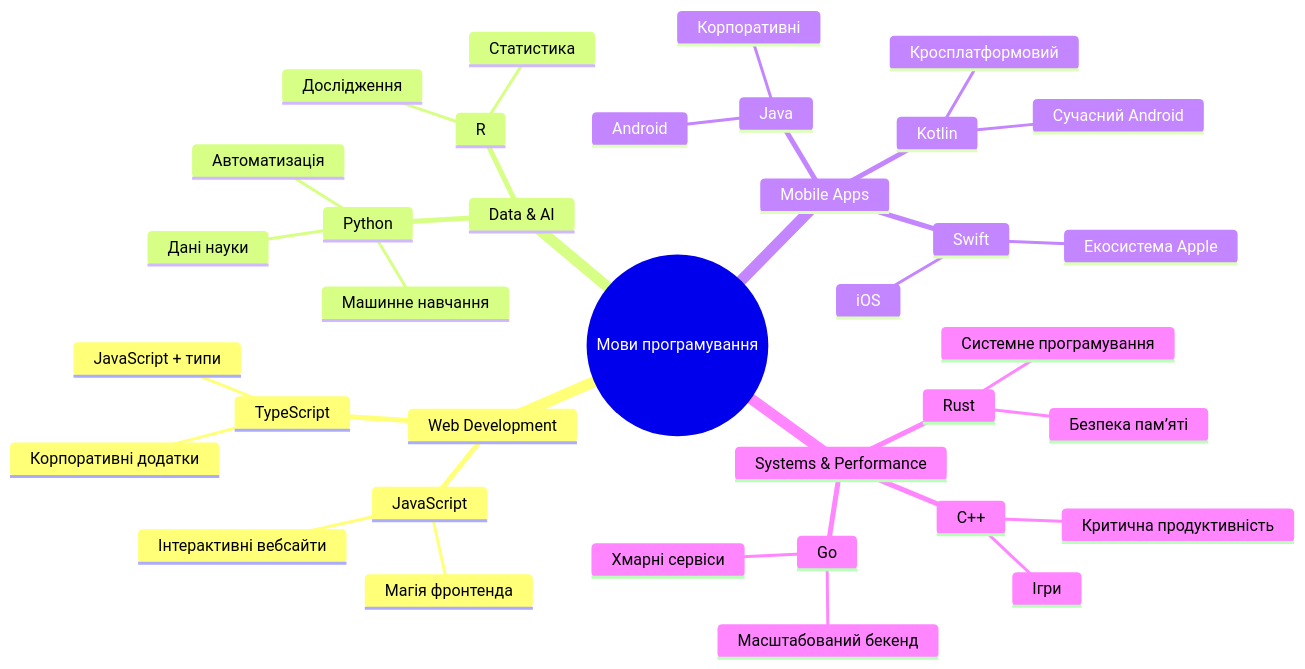
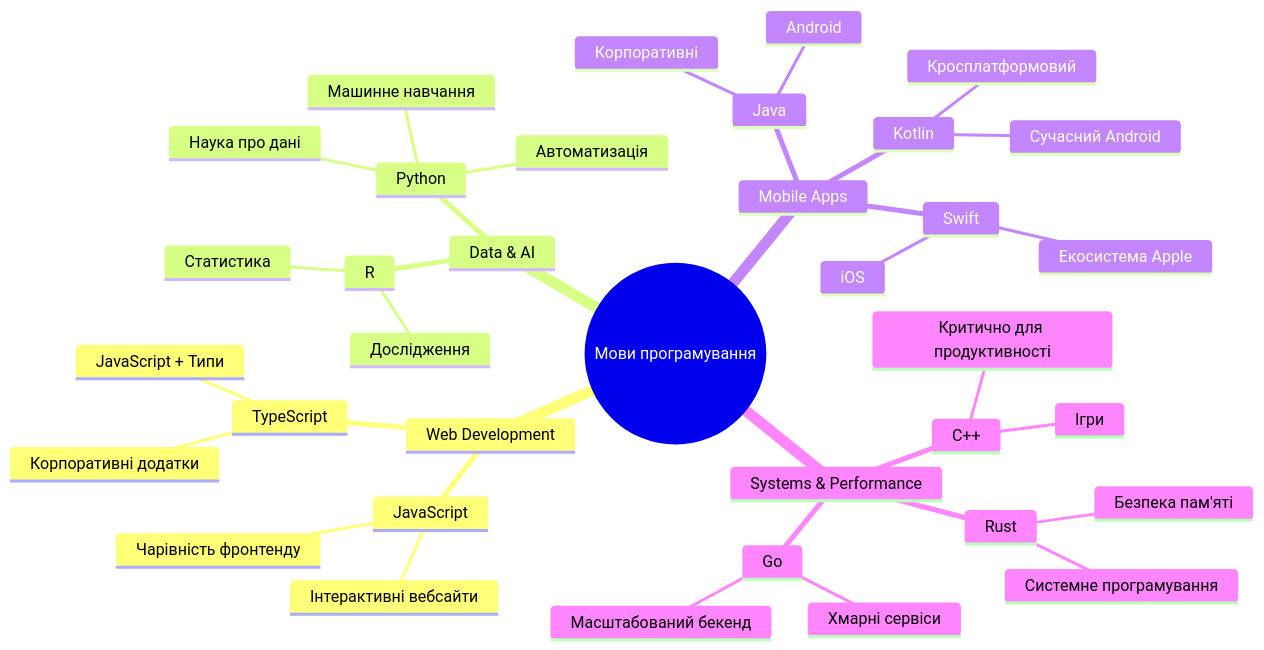
The second of 7 diagrams in translations/uk/1-getting-started-lessons/1-intro-to-programming-languages/README.md (microsoft/Web-Dev-For-Beginners), drawn with Mermaid before and after one commit. The commit also changed other lines of this file and 8 other files, not shown here.

````diff
--- a/translations/uk/1-getting-started-lessons/1-intro-to-programming-languages/README.md
+++ b/translations/uk/1-getting-started-lessons/1-intro-to-programming-languages/README.md
@@ -85,39 +85,39 @@
 ```mermaid
 mindmap
   root((Мови програмування))
     Web Development
       JavaScript
-        Магія фронтенда
+        Чарівність фронтенду
         Інтерактивні вебсайти
       TypeScript
-        JavaScript + типи
+        JavaScript + Типи
         Корпоративні додатки
     Data & AI
       Python
-        Дані науки
+        Наука про дані
         Машинне навчання
         Автоматизація
       R
         Статистика
         Дослідження
     Mobile Apps
       Java
         Android
         Корпоративні
       Swift
         iOS
         Екосистема Apple
       Kotlin
         Сучасний Android
         Кросплатформовий
     Systems & Performance
       C++
         Ігри
-        Критична продуктивність
+        Критично для продуктивності
       Rust
-        Безпека пам’яті
+        Безпека пам'яті
         Системне програмування
       Go
         Хмарні сервіси
         Масштабований бекенд
 ```
````
